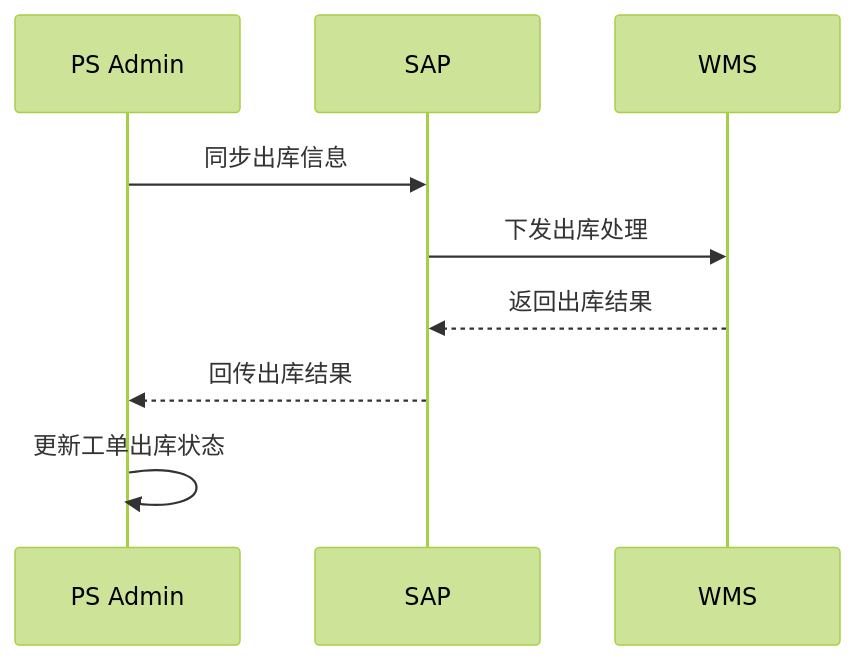
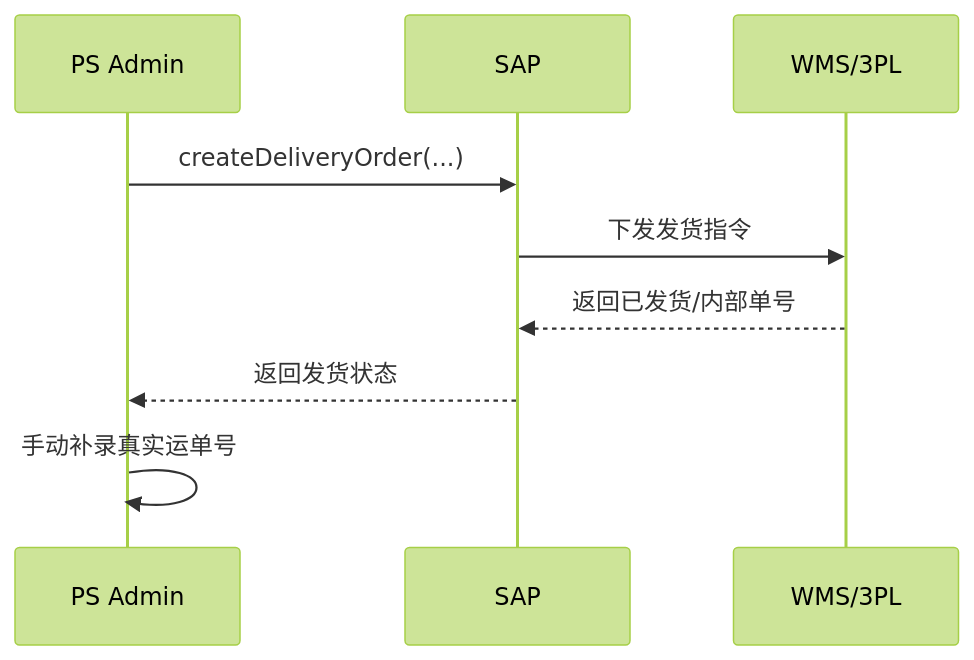
Diagram 25 of 38 in 文档/GM系统需求说明.md (guguohai/gmps), drawn with Mermaid (forest theme) before and after one commit. The commit also changed other lines of this file, not shown here.

````diff
--- a/文档/GM系统需求说明.md
+++ b/文档/GM系统需求说明.md
@@ -999,12 +960,12 @@
 ```mermaid
 sequenceDiagram
-participant A as PS Admin
-participant S as SAP
-participant W as WMS
+    participant PS as PS Admin
+    participant SAP as SAP
+    participant WMS as WMS/3PL
 
-A ->> S: 同步出库信息
-S ->> W: 下发出库处理
-W -->> S: 返回出库结果
-S -->> A: 回传出库结果
-A ->> A: 更新工单出库状态
+    PS->>SAP: createDeliveryOrder(...)
+    SAP->>WMS: 下发发货指令
+    WMS-->>SAP: 返回已发货/内部单号
+    SAP-->>PS: 返回发货状态
+    PS->>PS: 手动补录真实运单号
 ```
````
